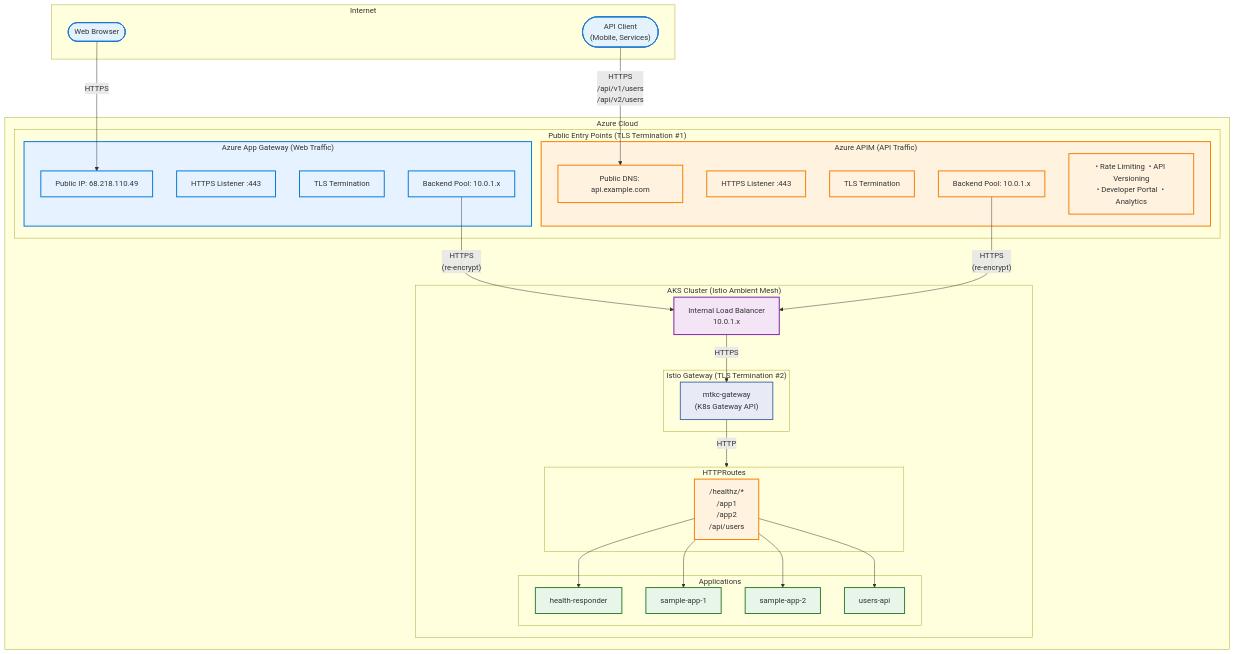
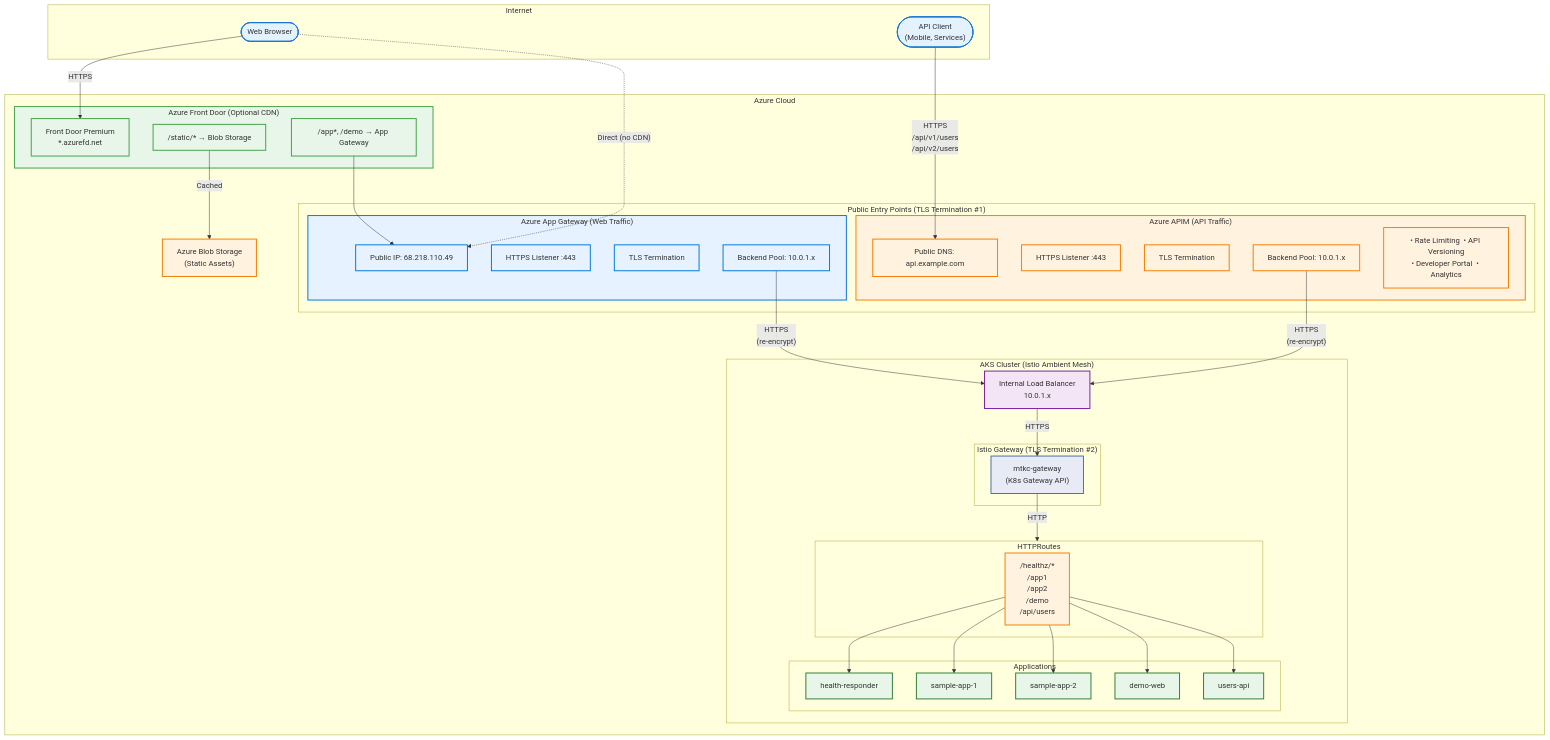
The first of 10 diagrams in README.md (shanaka-versent/AKS-Istio-GatewayAPI-Demo), drawn with Mermaid before and after one commit.

Commit message:
Update main architecture diagram to include Front Door + Blob Storage

````diff
--- a/README.md
+++ b/README.md
@@ -89,6 +89,14 @@
     end
 
     subgraph Azure["Azure Cloud"]
+        subgraph CDN["Azure Front Door (Optional CDN)"]
+            FD["Front Door Premium<br/>*.azurefd.net"]
+            FD_Static["/static/* → Blob Storage"]
+            FD_Web["/app*, /demo → App Gateway"]
+        end
+
+        Blob["Azure Blob Storage<br/>(Static Assets)"]
+
         subgraph PublicEntry["Public Entry Points (TLS Termination #1)"]
             subgraph AppGWBox["Azure App Gateway (Web Traffic)"]
                 AppGW_IP["Public IP: 68.218.110.49"]
@@ -113,19 +121,23 @@
             end
 
             subgraph Routes["HTTPRoutes"]
-                AllRoutes["/healthz/*<br/>/app1<br/>/app2<br/>/api/users"]
+                AllRoutes["/healthz/*<br/>/app1<br/>/app2<br/>/demo<br/>/api/users"]
             end
 
             subgraph Apps["Applications"]
                 HealthApp["health-responder"]
                 WebApp1["sample-app-1"]
                 WebApp2["sample-app-2"]
+                DemoWeb["demo-web"]
                 UsersAPI["users-api"]
             end
         end
     end
 
-    WebClient -->|"HTTPS"| AppGW_IP
+    WebClient -->|"HTTPS"| FD
+    FD_Static -->|"Cached"| Blob
+    FD_Web --> AppGW_IP
+    WebClient -.->|"Direct (no CDN)"| AppGW_IP
     APIClient -->|"HTTPS<br/>/api/v1/users<br/>/api/v2/users"| APIM_URL
 
     AppGW_Backend -->|"HTTPS<br/>(re-encrypt)"| ILB
@@ -136,9 +148,12 @@
     AllRoutes --> HealthApp
     AllRoutes --> WebApp1
     AllRoutes --> WebApp2
+    AllRoutes --> DemoWeb
     AllRoutes --> UsersAPI
 
     classDef internet fill:#e3f2fd,stroke:#1976d2,stroke-width:2px
+    classDef cdn fill:#e8f5e9,stroke:#43a047,stroke-width:2px
+    classDef storage fill:#fff3e0,stroke:#f57c00,stroke-width:2px
     classDef appgw fill:#e6f2ff,stroke:#0078d4,stroke-width:2px
     classDef apim fill:#fff3e0,stroke:#f57c00,stroke-width:2px
     classDef ilb fill:#f3e5f5,stroke:#7b1fa2,stroke-width:2px
@@ -147,10 +162,12 @@
     classDef apps fill:#e8f5e9,stroke:#2e7d32,stroke-width:2px
 
     class WebClient,APIClient internet
+    class CDN,FD,FD_Static,FD_Web cdn
+    class Blob storage
     class AppGWBox,AppGW_IP,AppGW_Listener,AppGW_TLS,AppGW_Backend appgw
     class APIMBox,APIM_URL,APIM_Listener,APIM_TLS,APIM_Backend,APIM_Features apim
     class ILB ilb
     class GW gateway
     class AllRoutes routes
-    class HealthApp,WebApp1,WebApp2,UsersAPI apps
+    class HealthApp,WebApp1,WebApp2,DemoWeb,UsersAPI apps
 ```
````
